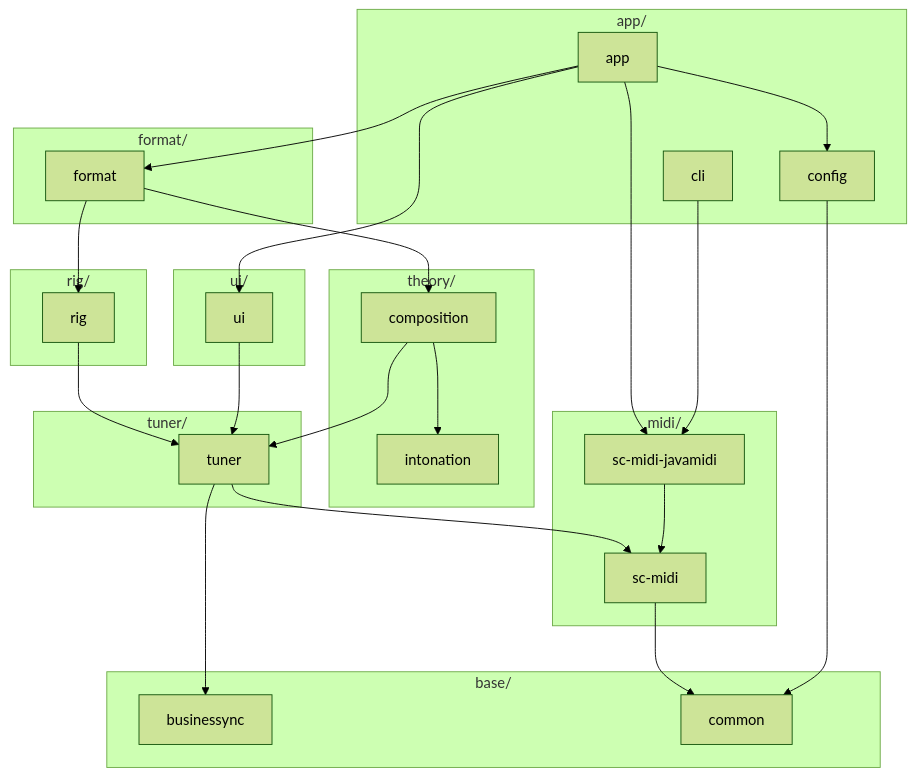
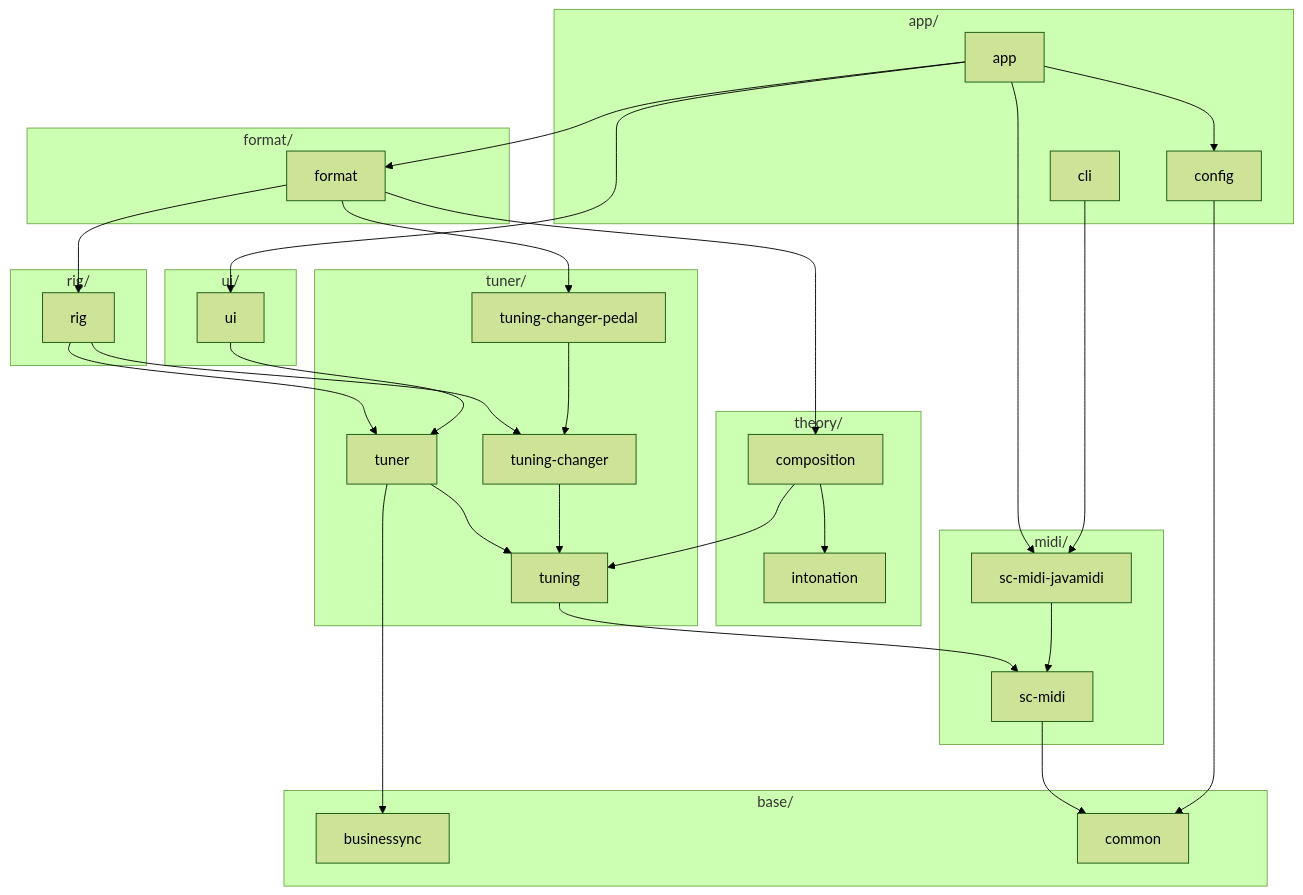
Before and after one commit to calinburloiu/microtonalist: the diagram in docs/architecture/module-overview.md, drawn with Mermaid (forest theme). The commit also changed other lines of this file and 42 other files, not shown here.

First line of the commit message:
[#366/#375] Split tuning and tuning-changer out of tuner, and give the pedal changer a module (#379)

````diff
--- a/docs/architecture/module-overview.md
+++ b/docs/architecture/module-overview.md
@@ -42,42 +45,48 @@
 ```mermaid
 flowchart TD
   subgraph appGroup ["app/"]
     app
     config
     cli
   end
   subgraph uiGroup ["ui/"]
     ui
   end
   subgraph formatGroup ["format/"]
     format
   end
   subgraph rigGroup ["rig/"]
     rig
   end
   subgraph theoryGroup ["theory/"]
     composition
     intonation
   end
   subgraph tunerGroup ["tuner/"]
     tuner
+    tuningChanger["tuning-changer"]
+    tuningChangerPedal["tuning-changer-pedal"]
+    tuning
   end
   subgraph midiGroup ["midi/"]
     scMidiJavamidi["sc-midi-javamidi"]
     scMidi["sc-midi"]
   end
   subgraph baseGroup ["base/"]
     businessync
     common
   end
   app --> config & ui & format & scMidiJavamidi
-  format --> composition & rig
-  composition --> intonation & tuner
-  rig --> tuner
+  format --> composition & rig & tuningChangerPedal
+  composition --> intonation & tuning
+  rig --> tuner & tuningChanger
   ui --> tuner
-  tuner --> scMidi & businessync
+  tuningChangerPedal --> tuningChanger
+  tuner --> tuning & businessync
+  tuningChanger --> tuning
+  tuning --> scMidi
   cli --> scMidiJavamidi
   scMidiJavamidi --> scMidi
   scMidi --> common
   config --> common
 ```
````
